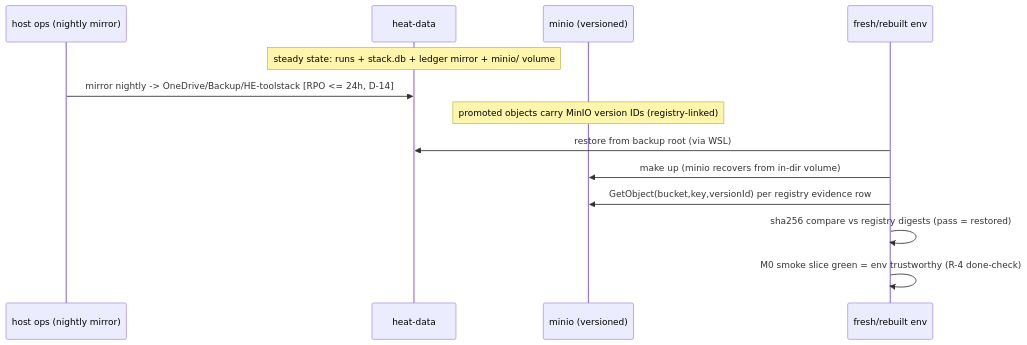
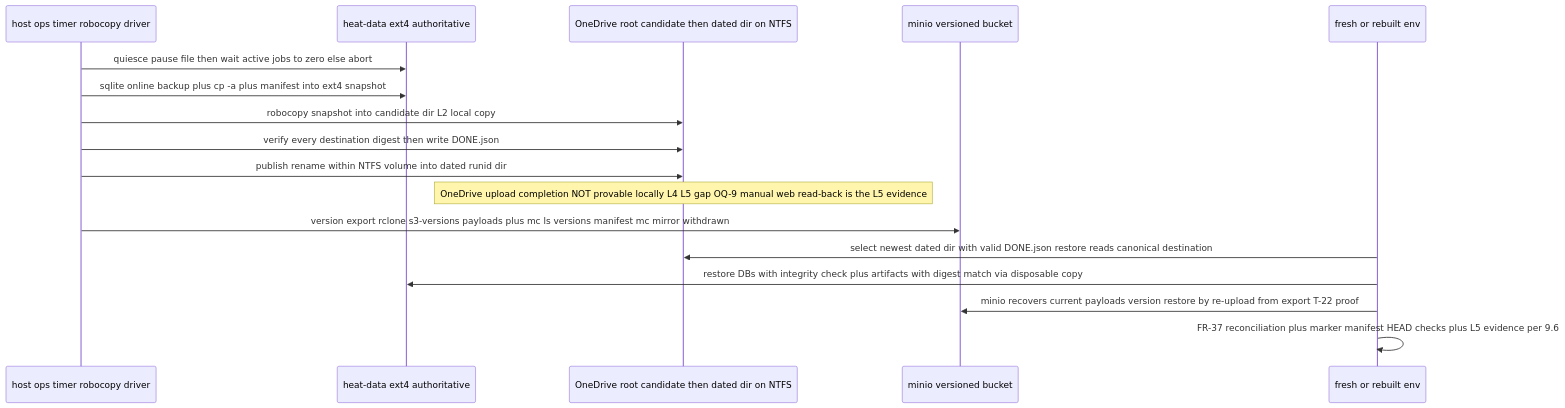
The ninth of 9 diagrams in docs/HE-TOOLSTACK-TECHNICAL-DESIGN.md (jstevenjacobs/HE-toolstack), drawn with Mermaid before and after one commit. The commit also changed other lines of this file and 4 other files, not shown here.

First line of the commit message:
r5: backup path/min-versioning/OneDrive proof/active-job policy/restore spec corrected

````diff
--- a/docs/HE-TOOLSTACK-TECHNICAL-DESIGN.md
+++ b/docs/HE-TOOLSTACK-TECHNICAL-DESIGN.md
@@ -1558,15 +1660,19 @@
 ```mermaid
 sequenceDiagram
-    participant H as host ops (nightly mirror)
-    participant HD as heat-data
-    participant M as minio (versioned)
-    participant N as fresh/rebuilt env
-    Note over HD: steady state: runs + stack.db + ledger mirror + minio/ volume
-    H->>HD: mirror nightly -> OneDrive/Backup/HE-toolstack [RPO <= 24h, D-14]
-    Note over M: promoted objects carry MinIO version IDs (registry-linked)
-    N->>HD: restore from backup root (via WSL)
-    N->>M: make up (minio recovers from in-dir volume)
-    N->>M: GetObject(bucket,key,versionId) per registry evidence row
-    N->>N: sha256 compare vs registry digests (pass = restored)
-    N->>N: M0 smoke slice green = env trustworthy (R-4 done-check)
+    participant H as host ops timer robocopy driver
+    participant HD as heat-data ext4 authoritative
+    participant C as OneDrive root candidate then dated dir on NTFS
+    participant M as minio versioned bucket
+    participant N as fresh or rebuilt env
+    H->>HD: quiesce pause file then wait active jobs to zero else abort
+    H->>HD: sqlite online backup plus cp -a plus manifest into ext4 snapshot
+    H->>C: robocopy snapshot into candidate dir L2 local copy
+    H->>C: verify every destination digest then write DONE.json
+    H->>C: publish rename within NTFS volume into dated runid dir
+    Note over C: OneDrive upload completion NOT provable locally L4 L5 gap OQ-9 manual web read-back is the L5 evidence
+    H->>M: version export rclone s3-versions payloads plus mc ls versions manifest mc mirror withdrawn
+    N->>C: select newest dated dir with valid DONE.json restore reads canonical destination
+    N->>HD: restore DBs with integrity check plus artifacts with digest match via disposable copy
+    N->>M: minio recovers current payloads version restore by re-upload from export T-22 proof
+    N->>N: FR-37 reconciliation plus marker manifest HEAD checks plus L5 evidence per 9.6
 ```
````
